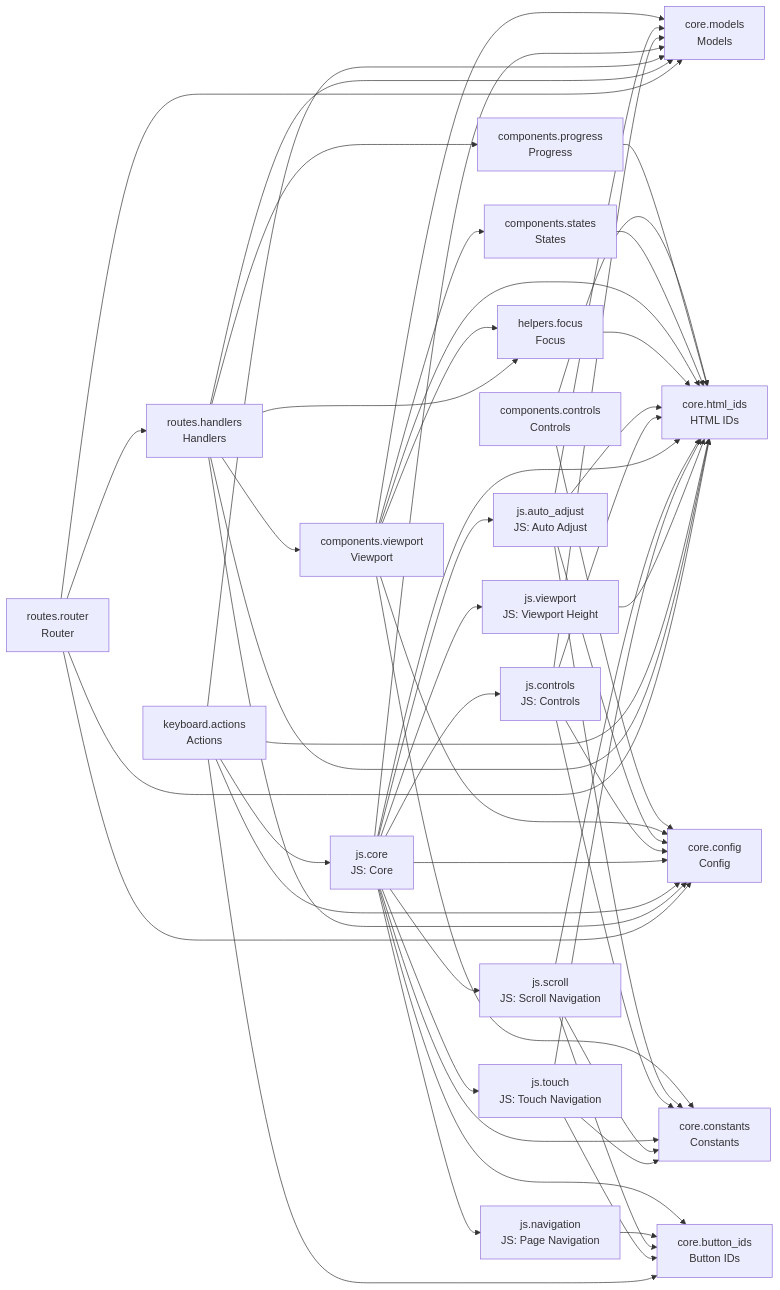
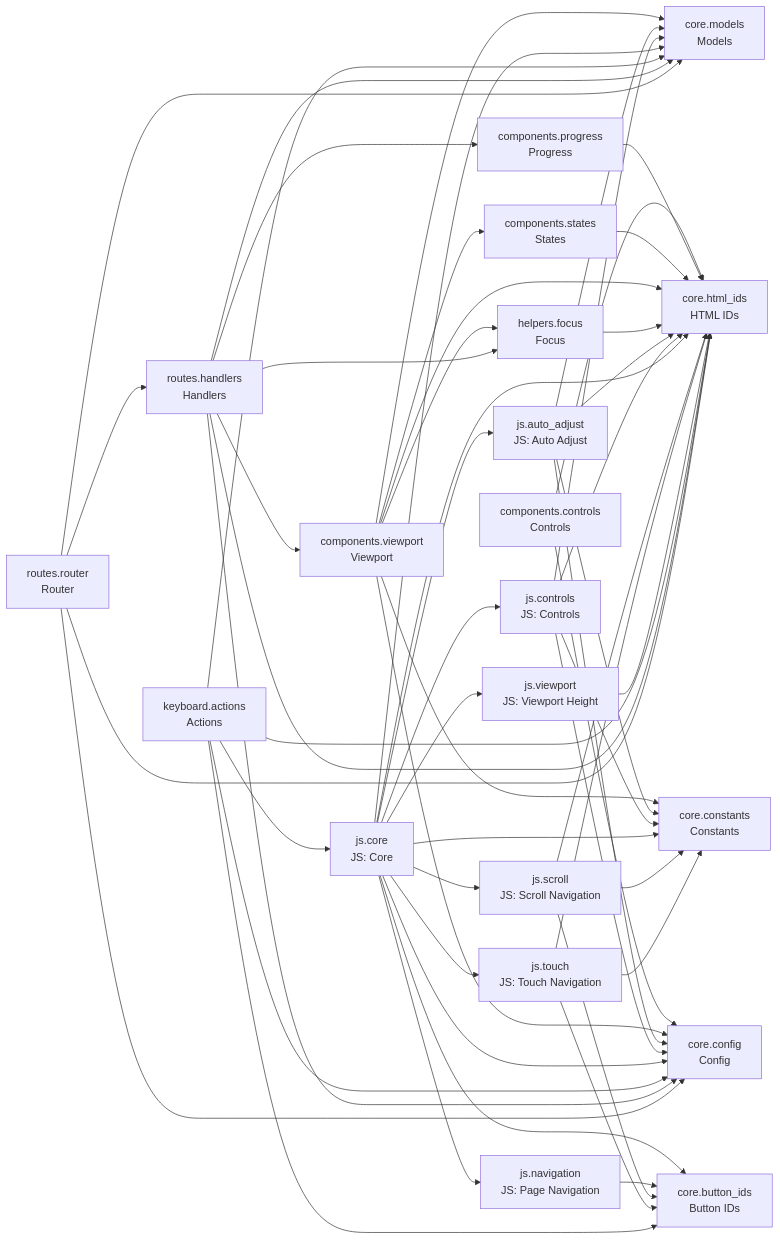
Before and after one commit to cj-mills/cjm-fasthtml-card-stack: the diagram in README.md, drawn with Mermaid. The commit also changed other lines of this file and 11 other files, not shown here.

Commit message:
Add CardStackStyleConfig with CSS custom properties for configurable card spacing, focus emphasis, and scale-driven layout adjustment.

````diff
--- a/README.md
+++ b/README.md
@@ -46,77 +46,77 @@
 ``` mermaid
 graph LR
     components_controls[components.controls<br/>Controls]
     components_progress[components.progress<br/>Progress]
     components_states[components.states<br/>States]
     components_viewport[components.viewport<br/>Viewport]
     core_button_ids[core.button_ids<br/>Button IDs]
     core_config[core.config<br/>Config]
     core_constants[core.constants<br/>Constants]
     core_html_ids[core.html_ids<br/>HTML IDs]
     core_models[core.models<br/>Models]
     helpers_focus[helpers.focus<br/>Focus]
     js_auto_adjust[js.auto_adjust<br/>JS: Auto Adjust]
     js_controls[js.controls<br/>JS: Controls]
     js_core[js.core<br/>JS: Core]
     js_navigation[js.navigation<br/>JS: Page Navigation]
     js_scroll[js.scroll<br/>JS: Scroll Navigation]
     js_touch[js.touch<br/>JS: Touch Navigation]
     js_viewport[js.viewport<br/>JS: Viewport Height]
     keyboard_actions[keyboard.actions<br/>Actions]
     routes_handlers[routes.handlers<br/>Handlers]
     routes_router[routes.router<br/>Router]
 
+    components_controls --> core_config
     components_controls --> core_html_ids
-    components_controls --> core_config
     components_progress --> core_html_ids
     components_states --> core_html_ids
     components_viewport --> core_models
-    components_viewport --> core_html_ids
+    components_viewport --> helpers_focus
     components_viewport --> core_constants
     components_viewport --> core_config
-    components_viewport --> helpers_focus
     components_viewport --> components_states
+    components_viewport --> core_html_ids
     helpers_focus --> core_html_ids
+    js_auto_adjust --> core_constants
+    js_auto_adjust --> core_config
     js_auto_adjust --> core_models
     js_auto_adjust --> core_html_ids
-    js_auto_adjust --> core_constants
-    js_auto_adjust --> core_config
     js_controls --> core_constants
+    js_controls --> core_config
     js_controls --> core_models
     js_controls --> core_html_ids
-    js_controls --> core_config
+    js_core --> core_constants
+    js_core --> js_controls
+    js_core --> core_models
+    js_core --> core_button_ids
+    js_core --> js_touch
+    js_core --> js_viewport
     js_core --> js_scroll
-    js_core --> core_models
+    js_core --> core_config
+    js_core --> js_navigation
+    js_core --> js_auto_adjust
     js_core --> core_html_ids
-    js_core --> core_constants
-    js_core --> core_config
-    js_core --> js_touch
-    js_core --> js_navigation
-    js_core --> js_controls
-    js_core --> core_button_ids
-    js_core --> js_viewport
-    js_core --> js_auto_adjust
     js_navigation --> core_button_ids
+    js_scroll --> core_button_ids
     js_scroll --> core_constants
     js_scroll --> core_html_ids
-    js_scroll --> core_button_ids
+    js_touch --> core_button_ids
     js_touch --> core_constants
     js_touch --> core_html_ids
-    js_touch --> core_button_ids
     js_viewport --> core_html_ids
+    keyboard_actions --> core_button_ids
     keyboard_actions --> core_models
+    keyboard_actions --> js_core
+    keyboard_actions --> core_config
     keyboard_actions --> core_html_ids
-    keyboard_actions --> core_config
-    keyboard_actions --> js_core
-    keyboard_actions --> core_button_ids
     routes_handlers --> core_models
-    routes_handlers --> core_html_ids
-    routes_handlers --> core_config
+    routes_handlers --> components_progress
     routes_handlers --> components_viewport
     routes_handlers --> helpers_focus
-    routes_handlers --> components_progress
+    routes_handlers --> core_config
+    routes_handlers --> core_html_ids
+    routes_router --> routes_handlers
     routes_router --> core_models
+    routes_router --> core_config
     routes_router --> core_html_ids
-    routes_router --> core_config
-    routes_router --> routes_handlers
 ```
````
